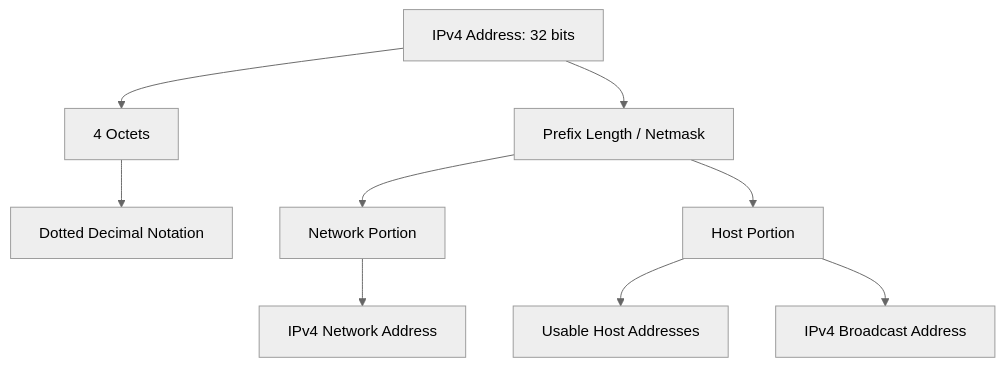
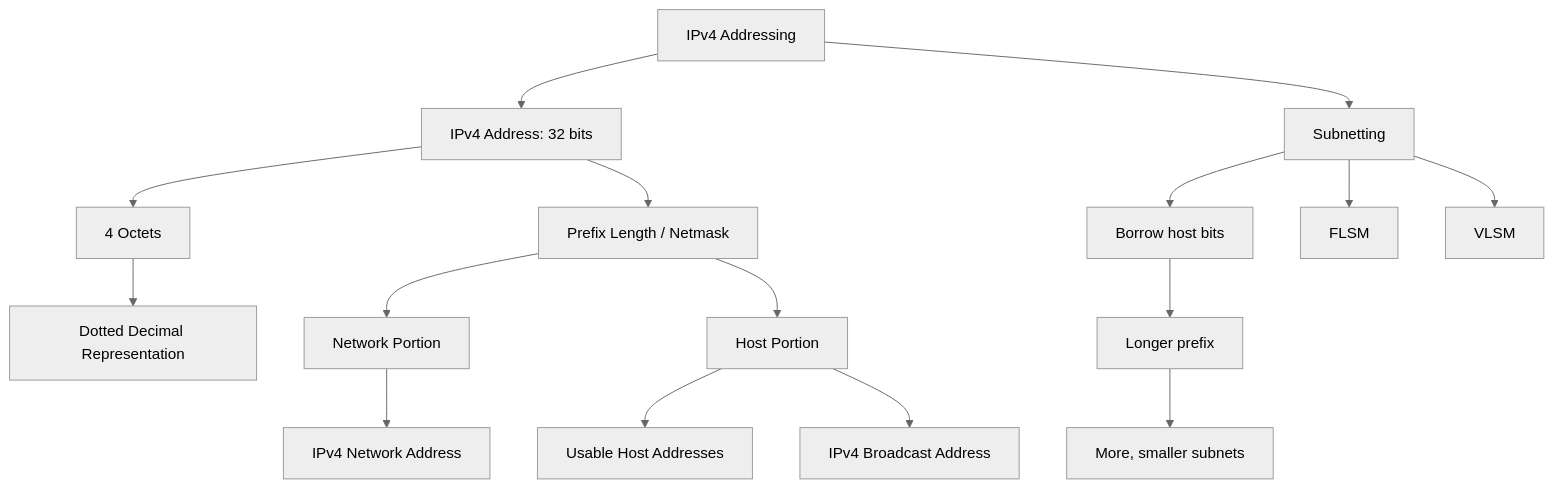
One commit to mic215fa/CCNA changed the first of 3 diagrams in 04_Maps/IPv4 Addressing 基礎地圖.md. Above: the diagram before and after it, drawn with Mermaid (neutral theme). The commit also changed other lines of this file and 306 other files, not shown here.

````diff
--- a/04_Maps/IPv4 Addressing 基礎地圖.md
+++ b/04_Maps/IPv4 Addressing 基礎地圖.md
@@ -12,11 +14,18 @@
 ```mermaid
 flowchart TD
-  A["IPv4 Address: 32 bits"] --> B["4 Octets"]
-  B --> C["Dotted Decimal Notation"]
+  Z["IPv4 Addressing"] --> A["IPv4 Address: 32 bits"]
+  A --> B["4 Octets"]
+  B --> C["Dotted Decimal Representation"]
   A --> D["Prefix Length / Netmask"]
   D --> E["Network Portion"]
   D --> F["Host Portion"]
   E --> G["IPv4 Network Address"]
   F --> H["Usable Host Addresses"]
   F --> I["IPv4 Broadcast Address"]
+  Z --> S["Subnetting"]
+  S --> J["Borrow host bits"]
+  J --> K["Longer prefix"]
+  K --> L["More, smaller subnets"]
+  S --> M["FLSM"]
+  S --> N["VLSM"]
 ```
````
